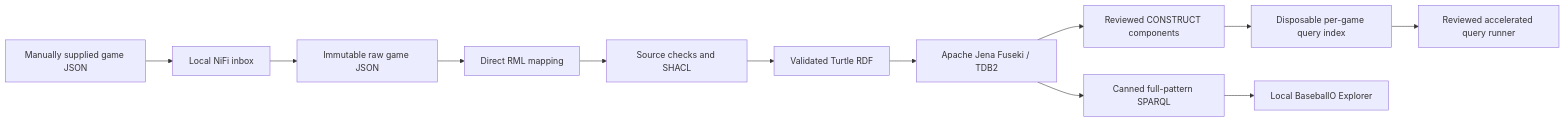
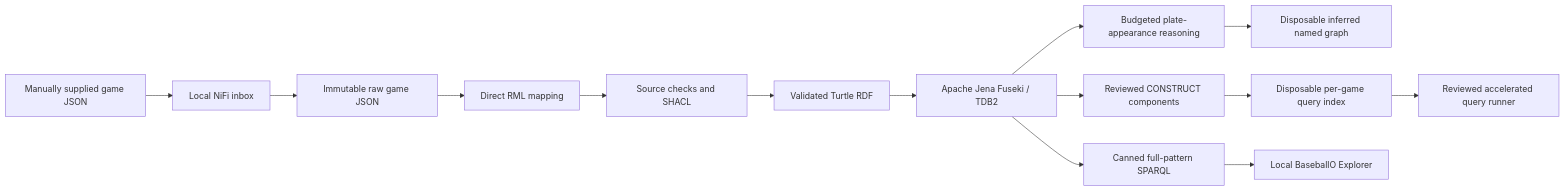
The diagram in Baseball/README.md (CarterBeauBenson/BaseballO), drawn with Mermaid before and after one commit. The commit also changed other lines of this file and 13 other files, not shown here.

````diff
--- a/Baseball/README.md
+++ b/Baseball/README.md
@@ -7,14 +7,16 @@
 ```mermaid
 flowchart LR
     SOURCE[Manually supplied game JSON] --> INBOX[Local NiFi inbox]
     INBOX --> RAW[Immutable raw game JSON]
     RAW --> RML[Direct RML mapping]
     RML --> SHACL[Source checks and SHACL]
     SHACL --> RDF[Validated Turtle RDF]
     RDF --> FUSEKI[Apache Jena Fuseki / TDB2]
+    FUSEKI --> REASON[Budgeted plate-appearance reasoning]
+    REASON --> INFERRED[Disposable inferred named graph]
     FUSEKI --> SPARQL[Canned full-pattern SPARQL]
     FUSEKI --> CONSTRUCT[Reviewed CONSTRUCT components]
     CONSTRUCT --> INDEX[Disposable per-game query index]
     INDEX --> FAST[Reviewed accelerated query runner]
     SPARQL --> WEB[Local BaseballO Explorer]
 ```
````
